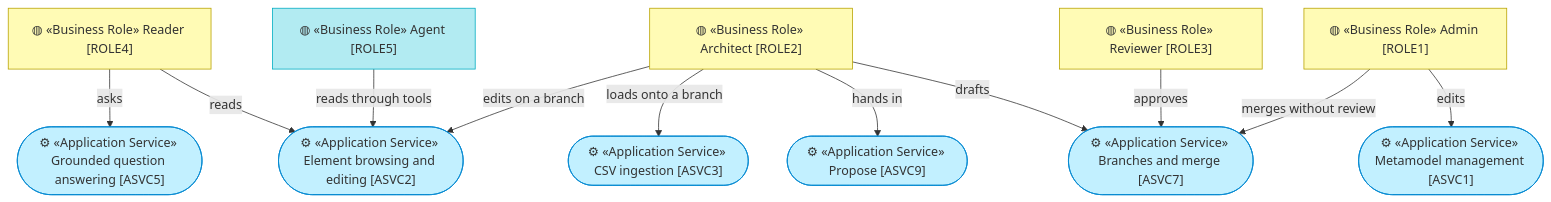
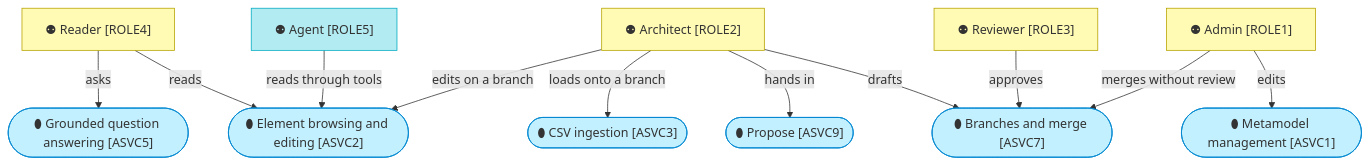
Before and after one commit to bocanegratqut/dbx-enterprise-architecture: the third of 4 diagrams in architecture/2_business/1_actors-and-roles.md, drawn with Mermaid. The commit also changed other lines of this file and 25 other files, not shown here.

````diff
--- a/architecture/2_business/1_actors-and-roles.md
+++ b/architecture/2_business/1_actors-and-roles.md
@@ -45,28 +74,28 @@
 ```mermaid
 flowchart TB
-  reader["◍ «Business Role» Reader [ROLE4]"]:::business
-  arch["◍ «Business Role» Architect [ROLE2]"]:::business
-  rev["◍ «Business Role» Reviewer [ROLE3]"]:::business
-  admin["◍ «Business Role» Admin [ROLE1]"]:::business
-  agent["◍ «Business Role» Agent [ROLE5]"]:::ai
-  browse(["⚙ «Application Service» Element browsing and editing [ASVC2]"]):::application
-  ask(["⚙ «Application Service» Grounded question answering [ASVC5]"]):::application
-  branches(["⚙ «Application Service» Branches and merge [ASVC7]"]):::application
-  propose(["⚙ «Application Service» Propose [ASVC9]"]):::application
-  ingest(["⚙ «Application Service» CSV ingestion [ASVC3]"]):::application
-  meta(["⚙ «Application Service» Metamodel management [ASVC1]"]):::application
+  reader["⚉ Reader [ROLE4]"]:::business
+  arch["⚉ Architect [ROLE2]"]:::business
+  rev["⚉ Reviewer [ROLE3]"]:::business
+  admin["⚉ Admin [ROLE1]"]:::business
+  agent["⚉ Agent [ROLE5]"]:::ai
+  browse(["⬮ Element browsing and editing [ASVC2]"]):::application
+  ask(["⬮ Grounded question answering [ASVC5]"]):::application
+  branches(["⬮ Branches and merge [ASVC7]"]):::application
+  propose(["⬮ Propose [ASVC9]"]):::application
+  ingest(["⬮ CSV ingestion [ASVC3]"]):::application
+  meta(["⬮ Metamodel management [ASVC1]"]):::application
   reader -->|reads| browse
   reader -->|asks| ask
   agent -->|reads through tools| browse
   arch -->|edits on a branch| browse
   arch -->|drafts| branches
   arch -->|hands in| propose
   arch -->|loads onto a branch| ingest
   rev -->|approves| branches
   admin -->|edits| meta
   admin -->|merges without review| branches
 
   classDef business fill:#fffbb5,stroke:#b8a200,color:#333
   classDef application fill:#c2f0ff,stroke:#0288d1,color:#333
   classDef ai fill:#b2ebf2,stroke:#00acc1,color:#333
 ```
````
